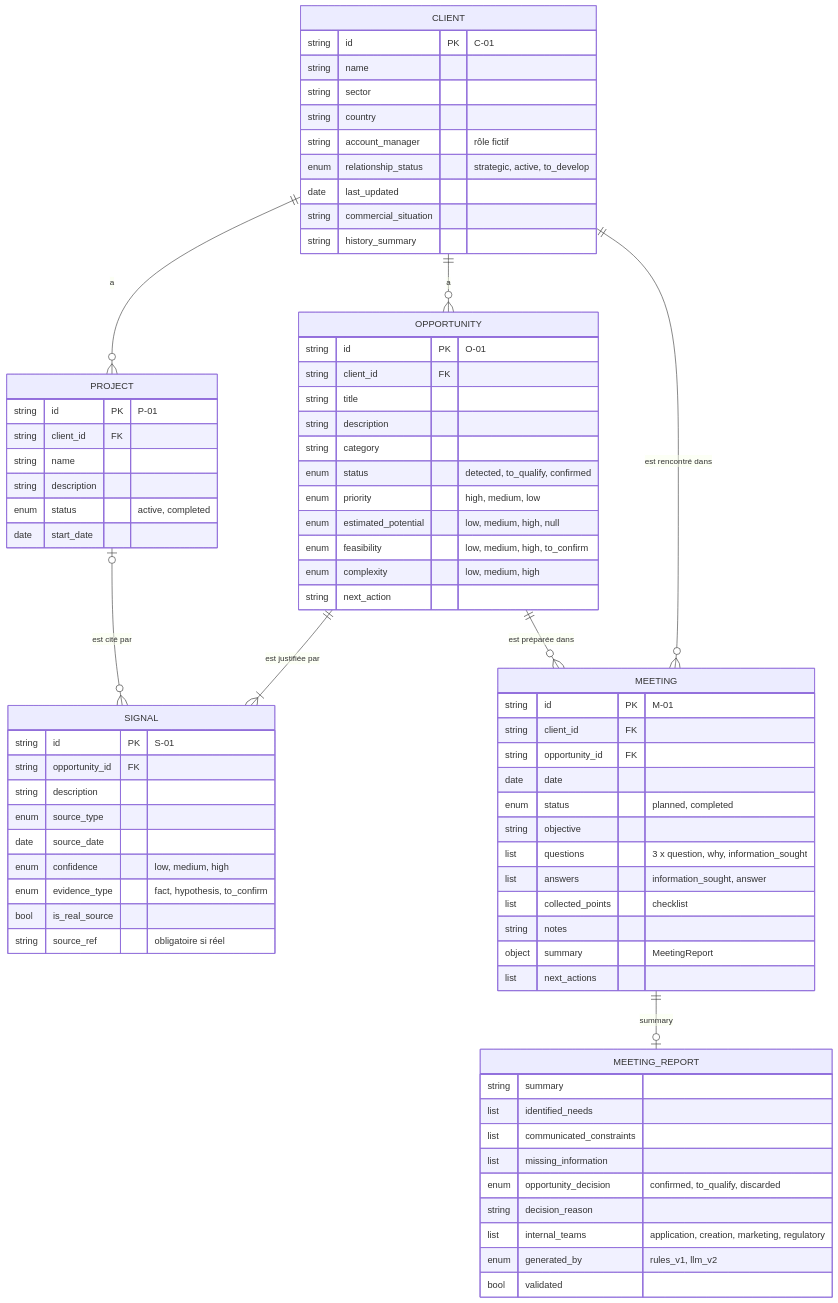
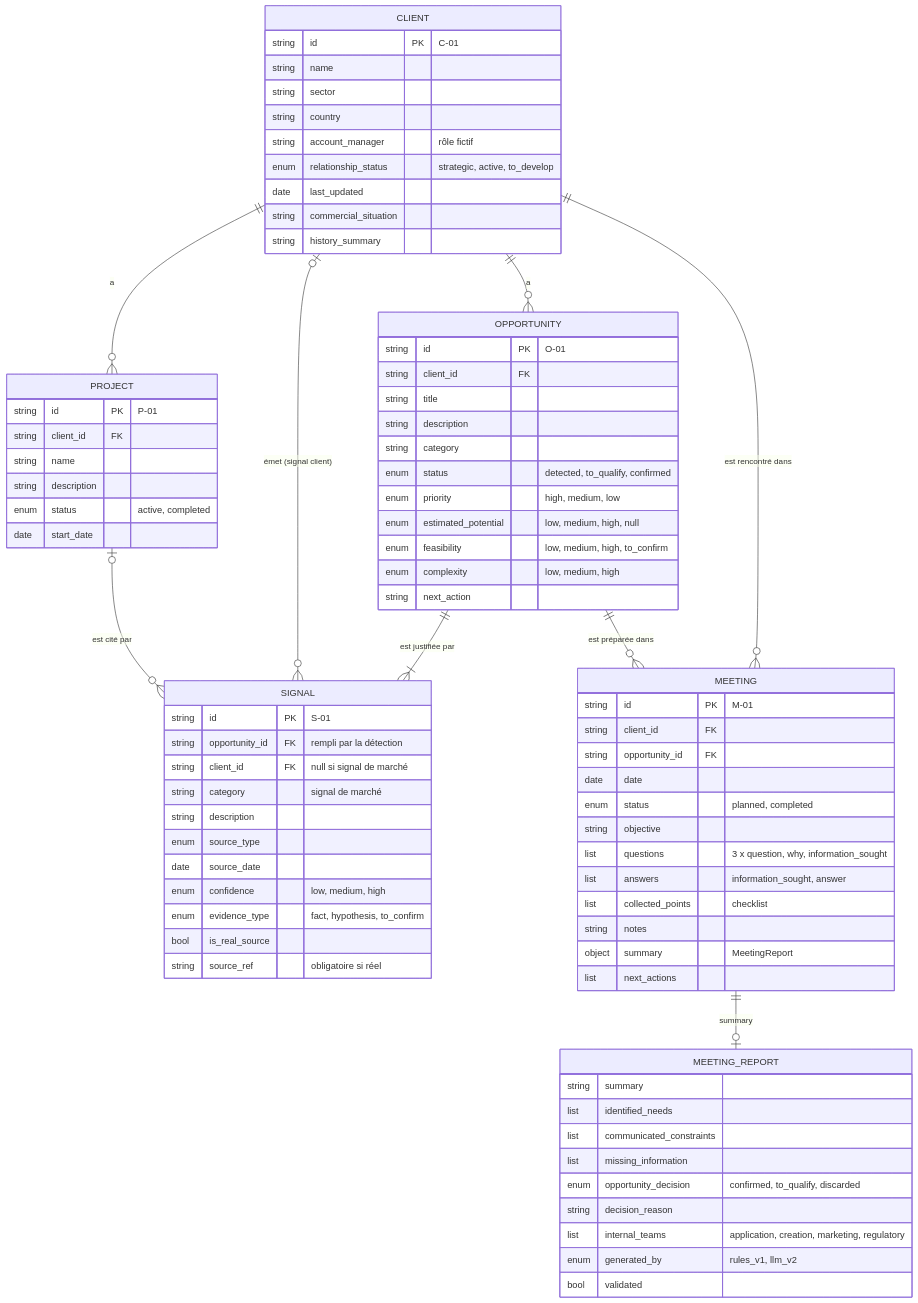
Before and after one commit to Hetic-Hackathon-Givaudan-2026-Kevin/Data_intelligence: the diagram in data/demo_v2/MODELE_DONNEES.md, drawn with Mermaid. The commit also changed other lines of this file and 7 other files, not shown here.

````diff
--- a/data/demo_v2/MODELE_DONNEES.md
+++ b/data/demo_v2/MODELE_DONNEES.md
@@ -193,79 +217,82 @@
 ```mermaid
 erDiagram
     CLIENT ||--o{ PROJECT : "a"
     CLIENT ||--o{ OPPORTUNITY : "a"
     OPPORTUNITY ||--|{ SIGNAL : "est justifiée par"
+    CLIENT |o--o{ SIGNAL : "émet (signal client)"
     CLIENT ||--o{ MEETING : "est rencontré dans"
     OPPORTUNITY ||--o{ MEETING : "est préparée dans"
     MEETING ||--o| MEETING_REPORT : "summary"
     PROJECT |o--o{ SIGNAL : "est cité par"
 
     CLIENT {
         string id PK "C-01"
         string name
         string sector
         string country
         string account_manager "rôle fictif"
         enum relationship_status "strategic, active, to_develop"
         date last_updated
         string commercial_situation
         string history_summary
     }
     PROJECT {
         string id PK "P-01"
         string client_id FK
         string name
         string description
         enum status "active, completed"
         date start_date
     }
     OPPORTUNITY {
         string id PK "O-01"
         string client_id FK
         string title
         string description
         string category
         enum status "detected, to_qualify, confirmed"
         enum priority "high, medium, low"
         enum estimated_potential "low, medium, high, null"
         enum feasibility "low, medium, high, to_confirm"
         enum complexity "low, medium, high"
         string next_action
     }
     SIGNAL {
         string id PK "S-01"
-        string opportunity_id FK
+        string opportunity_id FK "rempli par la détection"
+        string client_id FK "null si signal de marché"
+        string category "signal de marché"
         string description
         enum source_type
         date source_date
         enum confidence "low, medium, high"
         enum evidence_type "fact, hypothesis, to_confirm"
         bool is_real_source
         string source_ref "obligatoire si réel"
     }
     MEETING {
         string id PK "M-01"
         string client_id FK
         string opportunity_id FK
         date date
         enum status "planned, completed"
         string objective
         list questions "3 x question, why, information_sought"
         list answers "information_sought, answer"
         list collected_points "checklist"
         string notes
         object summary "MeetingReport"
         list next_actions
     }
     MEETING_REPORT {
         string summary
         list identified_needs
         list communicated_constraints
         list missing_information
         enum opportunity_decision "confirmed, to_qualify, discarded"
         string decision_reason
         list internal_teams "application, creation, marketing, regulatory"
         enum generated_by "rules_v1, llm_v2"
         bool validated
     }
 ```
````
